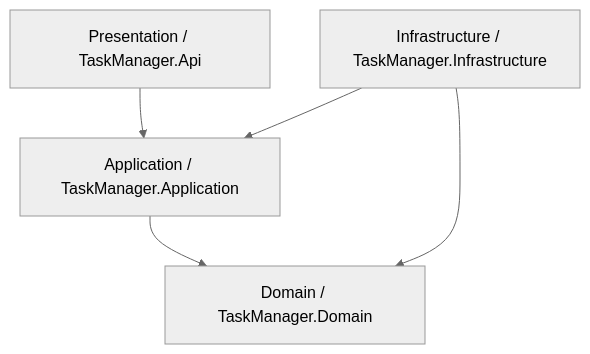
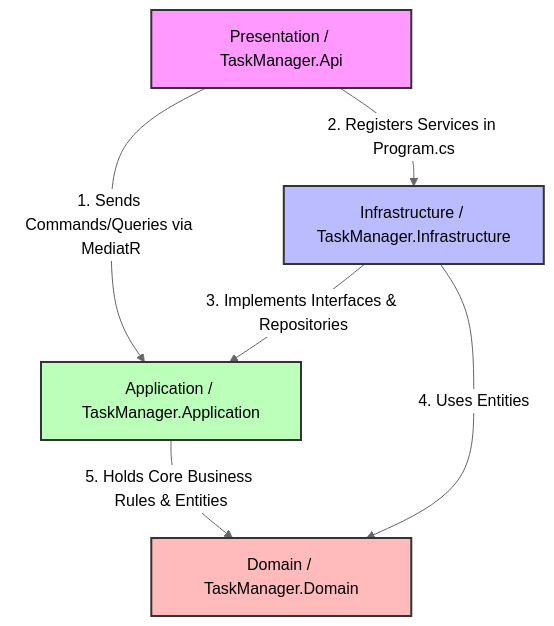
One commit to OmarDiv/TaskManager changed the diagram in README.md. Above: the diagram before and after it, drawn with Mermaid (neutral theme).

Commit message:
Enhance architecture diagram in README
Updated the architecture diagram in the README to include additional details and improve clarity.

````diff
--- a/README.md
+++ b/README.md
@@ -22,7 +22,20 @@
 ```mermaid
 graph TD
-    Presentation[Presentation / TaskManager.Api] --> Application[Application / TaskManager.Application]
-    Infrastructure[Infrastructure / TaskManager.Infrastructure] --> Application
-    Infrastructure --> Domain[Domain / TaskManager.Domain]
-    Application --> Domain
+    %% الطبقة الخارجية (بوابة الدخول)
+    Presentation[Presentation / TaskManager.Api] -->|1. Sends Commands/Queries via MediatR| Application[Application / TaskManager.Application]
+    Presentation -->|2. Registers Services in Program.cs| Infrastructure[Infrastructure / TaskManager.Infrastructure]
+
+    %% الطبقة التقنية (الأدوات الخارجية)
+    Infrastructure -->|3. Implements Interfaces & Repositories| Application
+    Infrastructure -->|4. Uses Entities| Domain[Domain / TaskManager.Domain]
+
+    %% الطبقة الداخلية (القلب)
+    Application -->|5. Holds Core Business Rules & Entities| Domain
+
+    %% تحسين الألوان لبيان عمق الطبقات (من برة لجوه)
+    style Presentation fill:#f9f,stroke:#333,stroke-width:2px
+    style Infrastructure fill:#bbf,stroke:#333,stroke-width:2px
+    style Application fill:#bfb,stroke:#333,stroke-width:2px
+    style Domain fill:#fbb,stroke:#333,stroke-width:2px
+
 ```
````
